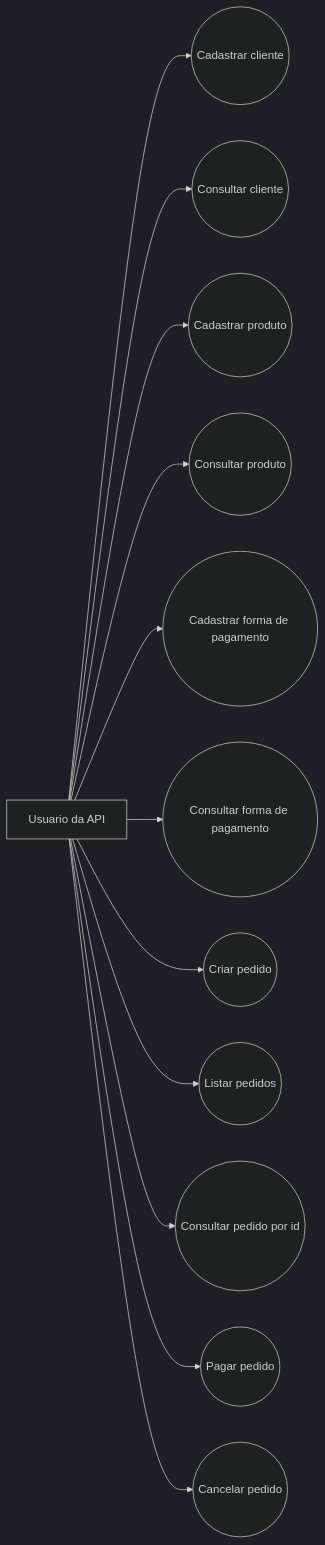
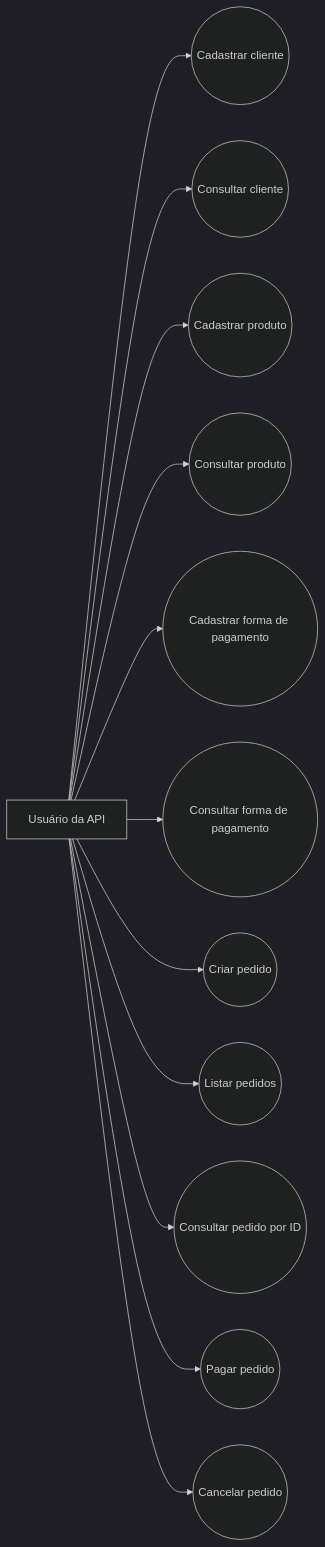
Before and after one commit to alyssonoliverr/meuspedidos-csharp: the second of 2 diagrams in MeusPedidos/README.md, drawn with Mermaid (dark theme). The commit also changed other lines of this file, not shown here.

````diff
--- a/MeusPedidos/README.md
+++ b/MeusPedidos/README.md
@@ -136,28 +130,28 @@
 ```mermaid
 flowchart LR
-    Usuario[Usuario da API]
+    Usuario[Usuário da API]
 
     UC1((Cadastrar cliente))
     UC2((Consultar cliente))
     UC3((Cadastrar produto))
     UC4((Consultar produto))
     UC5((Cadastrar forma de pagamento))
     UC6((Consultar forma de pagamento))
     UC7((Criar pedido))
     UC8((Listar pedidos))
-    UC9((Consultar pedido por id))
+    UC9((Consultar pedido por ID))
     UC10((Pagar pedido))
     UC11((Cancelar pedido))
 
     Usuario --> UC1
     Usuario --> UC2
     Usuario --> UC3
     Usuario --> UC4
     Usuario --> UC5
     Usuario --> UC6
     Usuario --> UC7
     Usuario --> UC8
     Usuario --> UC9
     Usuario --> UC10
     Usuario --> UC11
 ```
````
